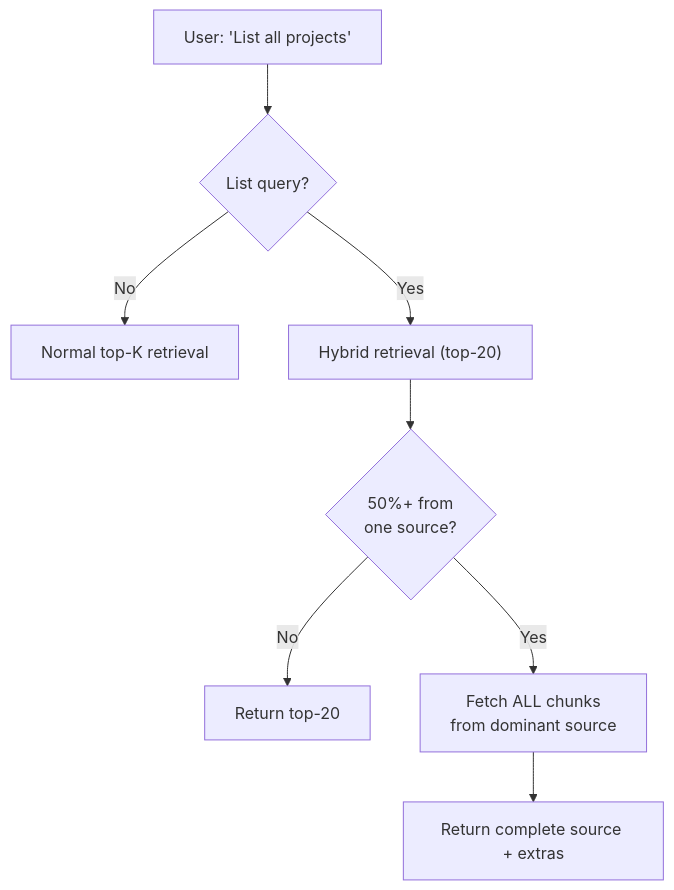
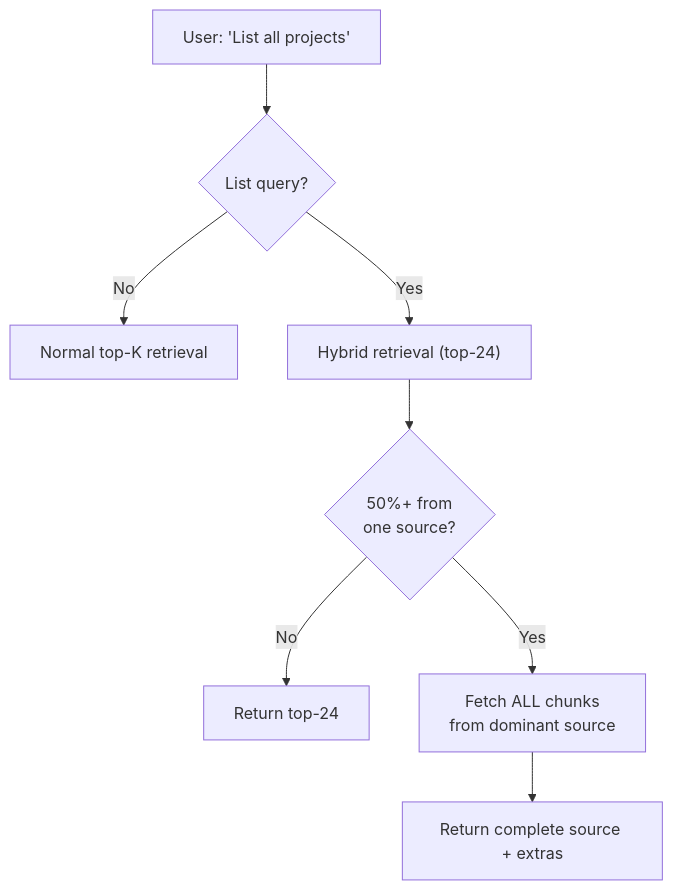
Before and after one commit to hoangsonww/AI-RAG-Assistant-Chatbot: diagram 26 of 47 in ARCHITECTURE.md, drawn with Mermaid. The commit also changed other lines of this file and 43 other files, not shown here.

````diff
--- a/ARCHITECTURE.md
+++ b/ARCHITECTURE.md
@@ -1193,10 +1259,10 @@
 ```mermaid
 flowchart TD
     Q["User: 'List all projects'"] --> D{"List query?"}
     D -->|No| N["Normal top-K retrieval"]
-    D -->|Yes| H["Hybrid retrieval (top-20)"]
+    D -->|Yes| H["Hybrid retrieval (top-24)"]
     H --> DOM{"50%+ from<br/>one source?"}
-    DOM -->|No| R1["Return top-20"]
+    DOM -->|No| R1["Return top-24"]
     DOM -->|Yes| ALL["Fetch ALL chunks<br/>from dominant source"]
     ALL --> R2["Return complete source + extras"]
 ```
````
